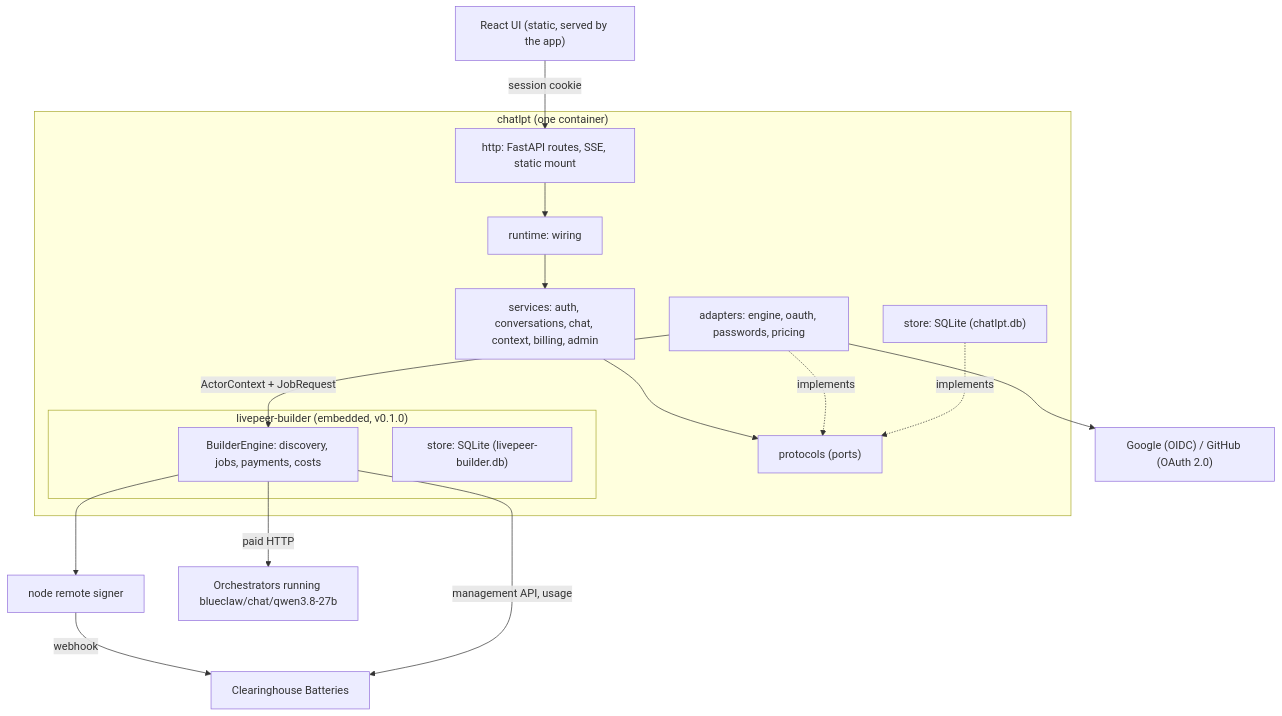
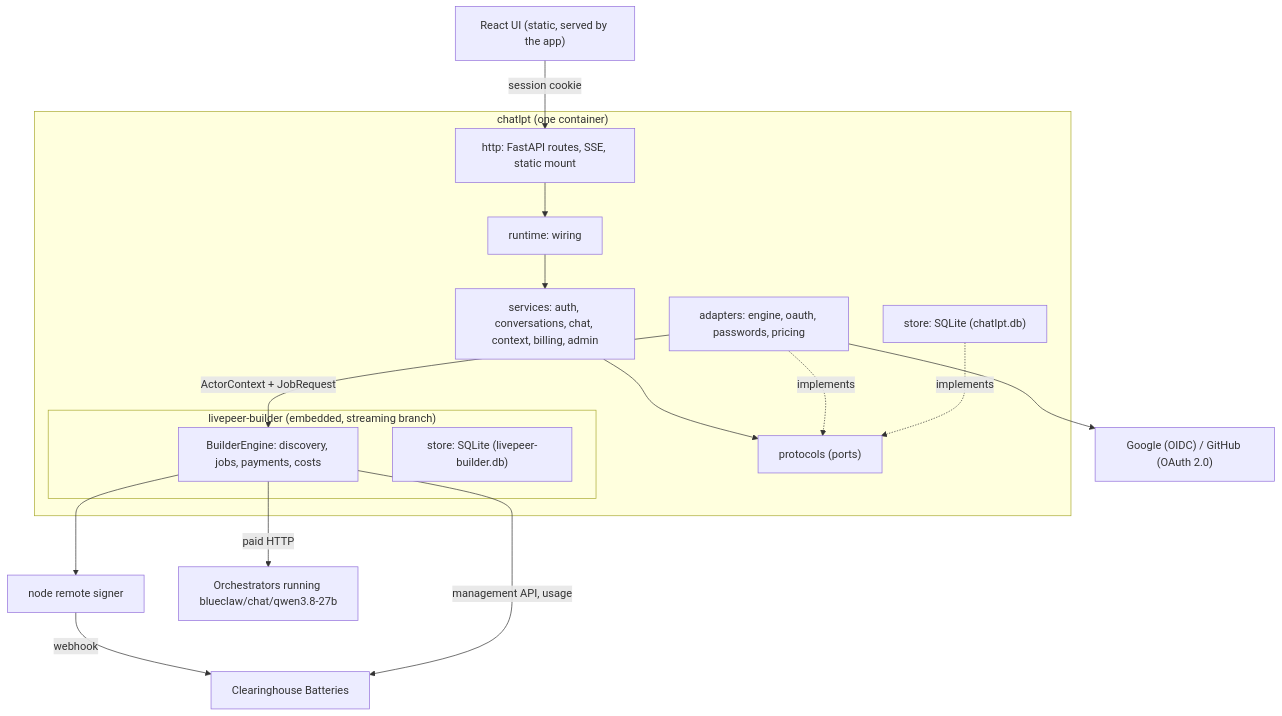
Before and after one commit to NE-Build-Track/chatlpt-sample-enterprise-app: the diagram in ARCHITECTURE.md, drawn with Mermaid. The commit also changed other lines of this file and 9 other files, not shown here.

````diff
--- a/ARCHITECTURE.md
+++ b/ARCHITECTURE.md
@@ -7,28 +7,28 @@
 ```mermaid
 flowchart TB
     Browser["React UI (static, served by the app)"]
     subgraph App["chatlpt (one container)"]
         HTTP["http: FastAPI routes, SSE, static mount"]
         RT["runtime: wiring"]
         SVC["services: auth, conversations, chat, context, billing, admin"]
         PROV["protocols (ports)"]
         AD["adapters: engine, oauth, passwords, pricing"]
         ST["store: SQLite (chatlpt.db)"]
-        subgraph Engine["livepeer-builder (embedded, v0.1.0)"]
+        subgraph Engine["livepeer-builder (embedded, streaming branch)"]
             ENG["BuilderEngine: discovery, jobs, payments, costs"]
             EST["store: SQLite (livepeer-builder.db)"]
         end
     end
     Signer["node remote signer"]
     Bat["Clearinghouse Batteries"]
     Orch["Orchestrators running blueclaw/chat/qwen3.8-27b"]
     IdP["Google (OIDC) / GitHub (OAuth 2.0)"]
     Browser -->|"session cookie"| HTTP --> RT --> SVC --> PROV
     AD -.implements.-> PROV
     ST -.implements.-> PROV
     AD -->|"ActorContext + JobRequest"| ENG
     ENG --> Signer -->|"webhook"| Bat
     ENG -->|"paid HTTP"| Orch
     ENG -->|"management API, usage"| Bat
     AD --> IdP
 ```
````
